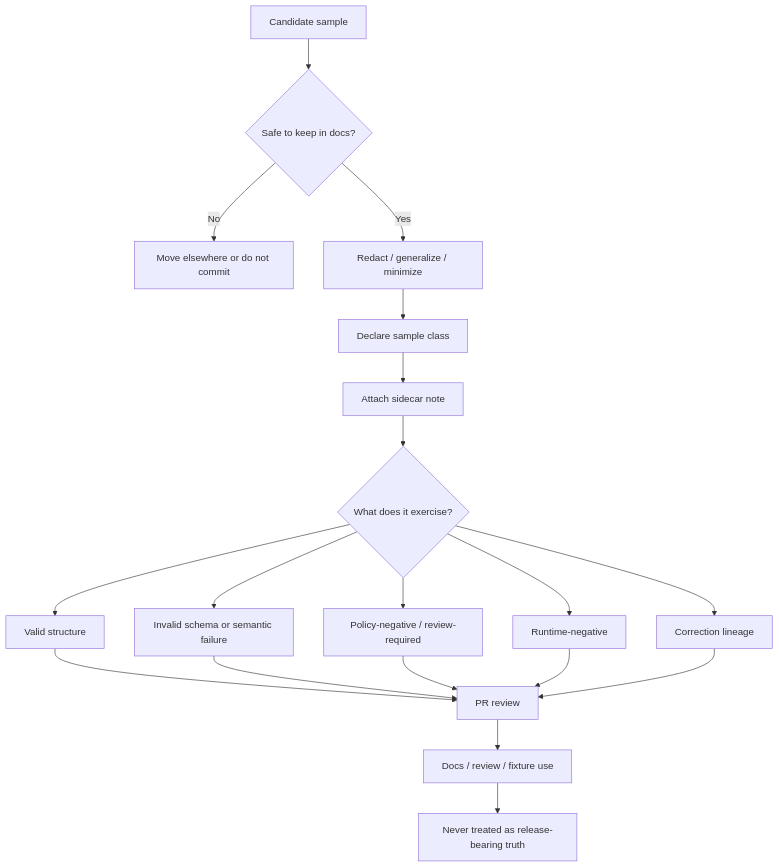
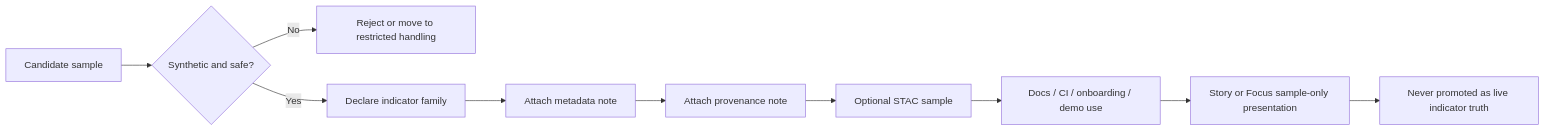
Before and after one commit to bartytime4life/Kansas-Frontier-Matrix: the diagram in docs/security/supply-chain/shai-hulud-2.0/indicators/samples/README.md, drawn with Mermaid. The commit also changed other lines of this file, not shown here.

First line of the commit message:
Revise README for Shai-Hulud 2.0 indicator samples

````diff
--- a/docs/security/supply-chain/shai-hulud-2.0/indicators/samples/README.md
+++ b/docs/security/supply-chain/shai-hulud-2.0/indicators/samples/README.md
@@ -267,21 +284,12 @@
 ```mermaid
-flowchart TD
-    A[Candidate sample] --> B{Safe to keep in docs?}
-    B -- No --> X[Move elsewhere or do not commit]
-    B -- Yes --> C[Redact / generalize / minimize]
-    C --> D[Declare sample class]
-    D --> E[Attach sidecar note]
-    E --> F{What does it exercise?}
-    F --> F1[Valid structure]
-    F --> F2[Invalid schema or semantic failure]
-    F --> F3[Policy-negative / review-required]
-    F --> F4[Runtime-negative]
-    F --> F5[Correction lineage]
-    F1 --> G[PR review]
-    F2 --> G
-    F3 --> G
-    F4 --> G
-    F5 --> G
-    G --> H[Docs / review / fixture use]
-    H --> I[Never treated as release-bearing truth]
+flowchart LR
+    A[Candidate sample] --> B{Synthetic and safe?}
+    B -- No --> X[Reject or move to restricted handling]
+    B -- Yes --> C[Declare indicator family]
+    C --> D[Attach metadata note]
+    D --> E[Attach provenance note]
+    E --> F[Optional STAC sample]
+    F --> G[Docs / CI / onboarding / demo use]
+    G --> H[Story or Focus sample-only presentation]
+    H --> I[Never promoted as live indicator truth]
 ```
````
